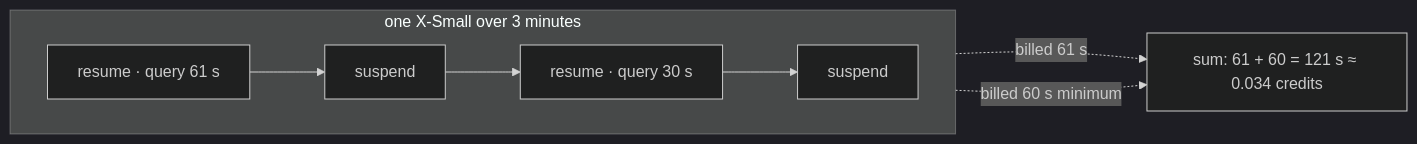
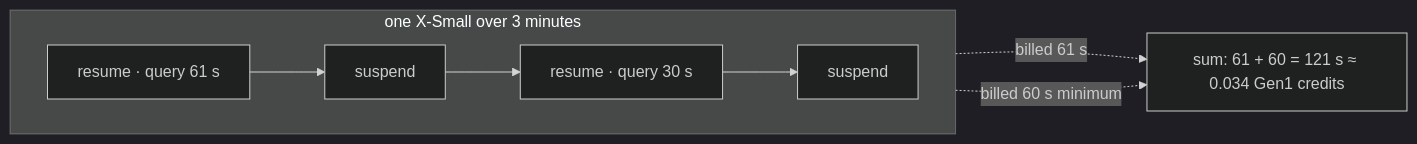
One commit to damian0o/learn_snowflake changed the diagram in vault/Concepts/Warehouse Sizes and Credits.md. Above: the diagram before and after it, drawn with Mermaid (dark theme). The commit also changed other lines of this file and 15 other files, not shown here.

````diff
--- a/vault/Concepts/Warehouse Sizes and Credits.md
+++ b/vault/Concepts/Warehouse Sizes and Credits.md
@@ -9,9 +9,9 @@
 ```mermaid
 flowchart LR
   subgraph T[one X-Small over 3 minutes]
     direction LR
     A[resume · query 61 s] --> B[suspend] --> C[resume · query 30 s] --> D[suspend]
   end
-  A -. billed 61 s .-> X[sum: 61 + 60 = 121 s ≈ 0.034 credits]
+  A -. billed 61 s .-> X[sum: 61 + 60 = 121 s ≈ 0.034 Gen1 credits]
   C -. billed 60 s minimum .-> X
 ```
````
